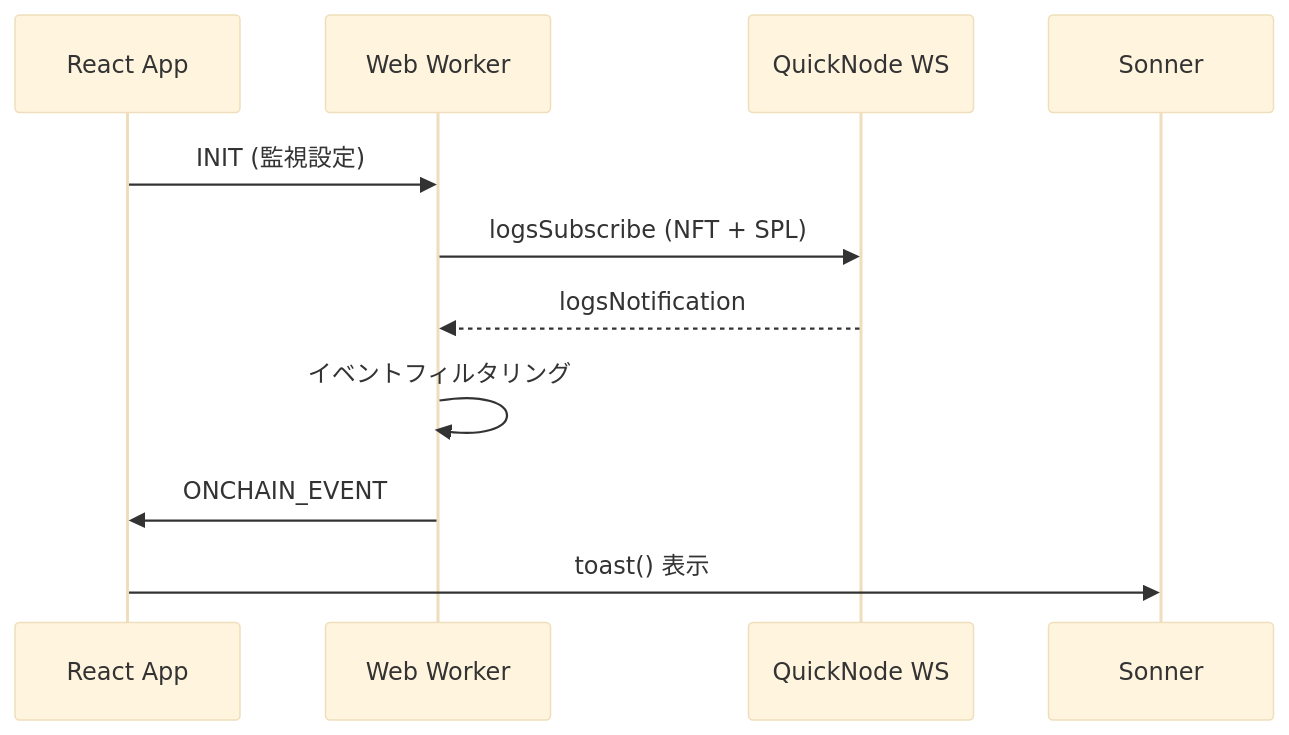
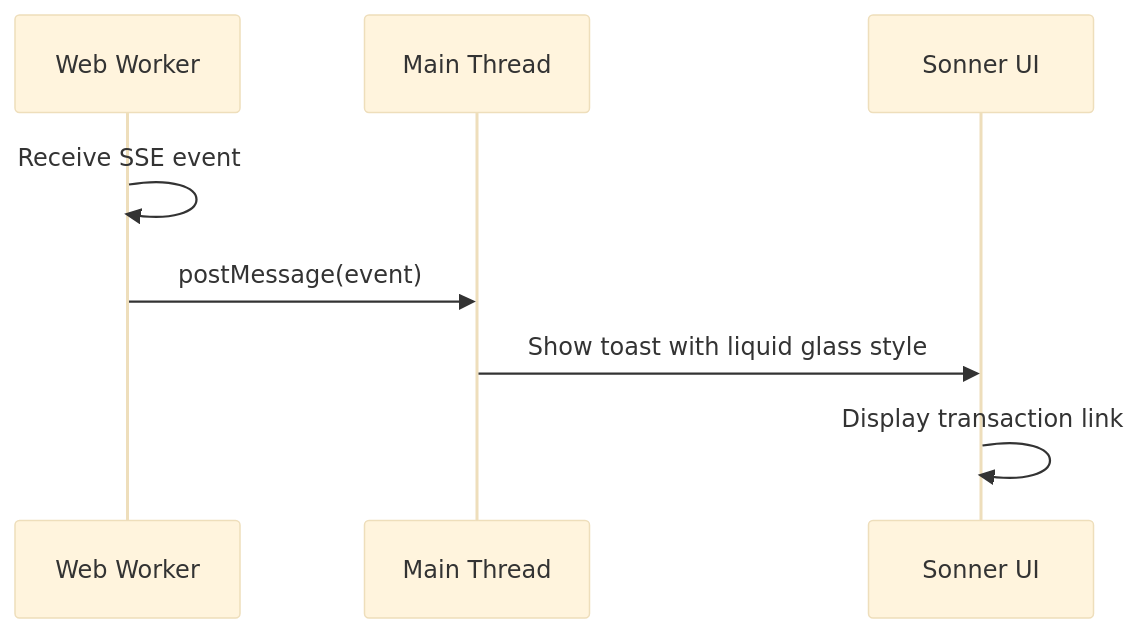
The fourth of 4 diagrams in .kiro/specs/webhook-webworker/design.md (doom-protocol/doom-index), drawn with Mermaid (base theme) before and after one commit. The commit also changed other lines of this file and 13 other files, not shown here.

First line of the commit message:
feat: Implement blockchain event monitoring with Web Worker and GLB export functionality

````diff
--- a/.kiro/specs/webhook-webworker/design.md
+++ b/.kiro/specs/webhook-webworker/design.md
@@ -81,14 +124,11 @@
 ```mermaid
 sequenceDiagram
-    participant App as React App
-    participant Worker as Web Worker
-    participant QN as QuickNode WS
-    participant Toast as Sonner
+    participant WW as Web Worker
+    participant MT as Main Thread
+    participant UI as Sonner UI
 
-    App->>Worker: INIT (監視設定)
-    Worker->>QN: logsSubscribe (NFT + SPL)
-    QN-->>Worker: logsNotification
-    Worker->>Worker: イベントフィルタリング
-    Worker->>App: ONCHAIN_EVENT
-    App->>Toast: toast() 表示
+    WW->>WW: Receive SSE event
+    WW->>MT: postMessage(event)
+    MT->>UI: Show toast with liquid glass style
+    UI->>UI: Display transaction link
 ```
````
